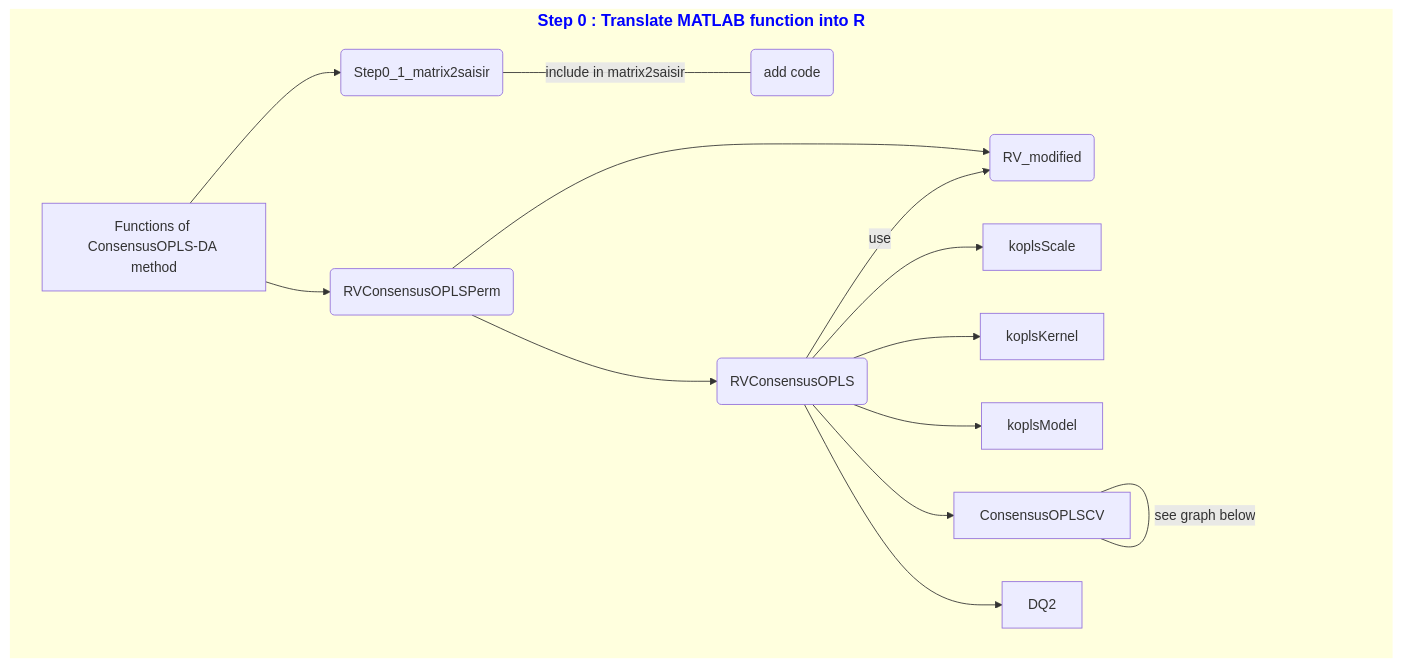
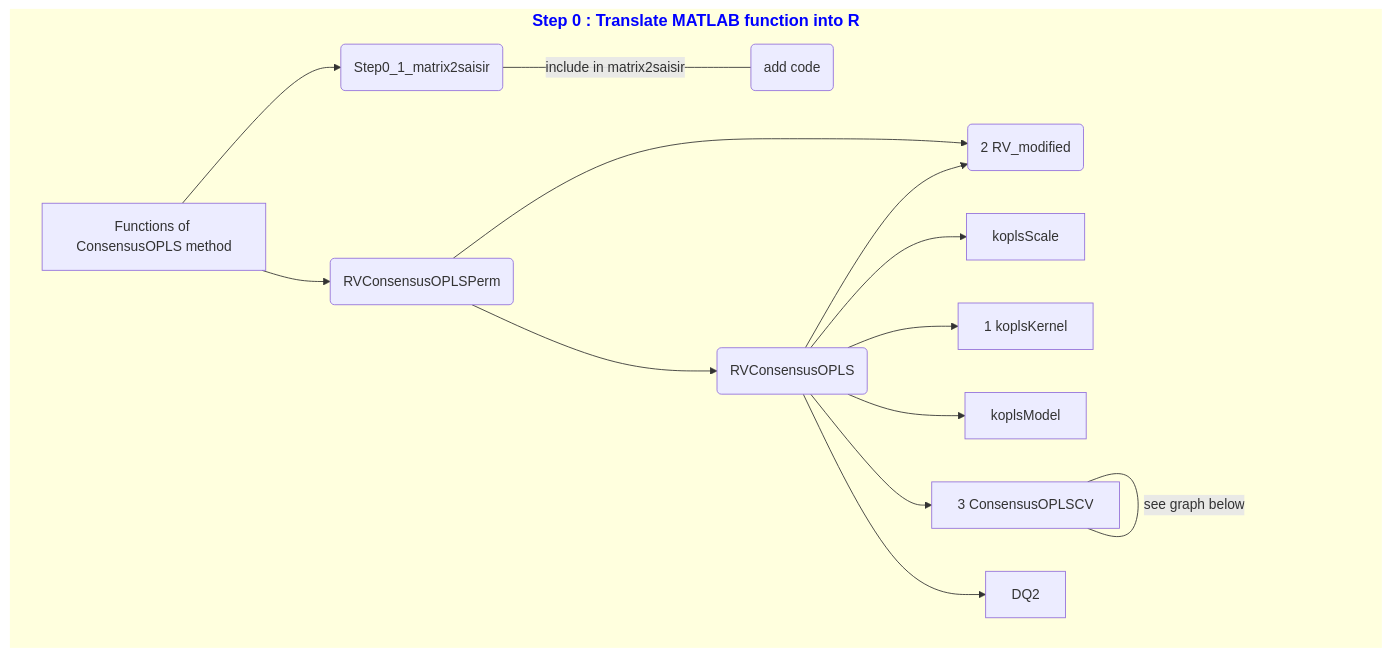
One commit to sib-swiss/consensusOPLS changed the first of 2 diagrams in README.md. Above: the diagram before and after it, drawn with Mermaid. The commit also changed other lines of this file, not shown here.

Commit message:
Update mermaid graphs with functions dependancies.

````diff
--- a/README.md
+++ b/README.md
@@ -9,33 +9,33 @@
 ```mermaid
 graph TD
 classDef Title stroke-width:0, color:blue, font-weight:bold, font-size: 19px;
 
-0[Functions of ConsensusOPLS-DA method]
+0[Functions of ConsensusOPLS method]
     subgraph Number1[Step 0 : Translate MATLAB function into R]
     0 --> 1
     1(Step0_1_matrix2saisir) 
     0 --> 2
     2(RVConsensusOPLSPerm)
 
     1 --- |include in matrix2saisir| 3
     3(add code)
 
     2 --> 4(RVConsensusOPLS)
-    2 --> 5(RV_modified)
+    2 --> 5(2 RV_modified)
 
     4 --> 6
     6[koplsScale]
     4 --> 7
-    7[koplsKernel]
+    7[1 koplsKernel]
     4 --> 8
     8[koplsModel]
-    4 -->|use| 5
+    4 --> 5
     4 --> 9
-    9[ConsensusOPLSCV]
+    9[3 ConsensusOPLSCV]
     4 --> 10
     10[DQ2]
 
     9 --- |see graph below| 9
     end
     class Number1 Title;
 ```
````
